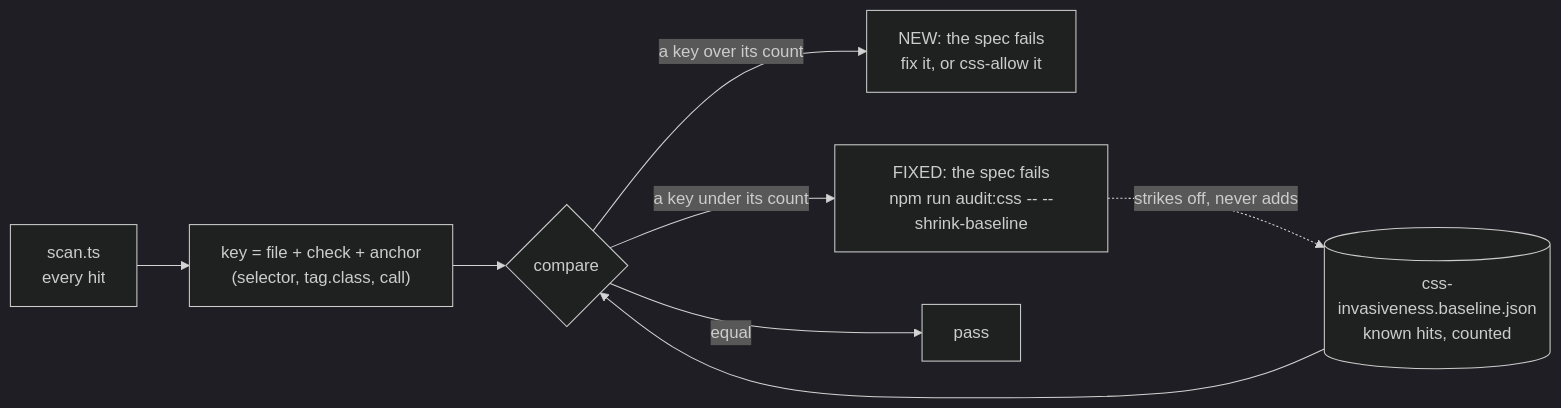
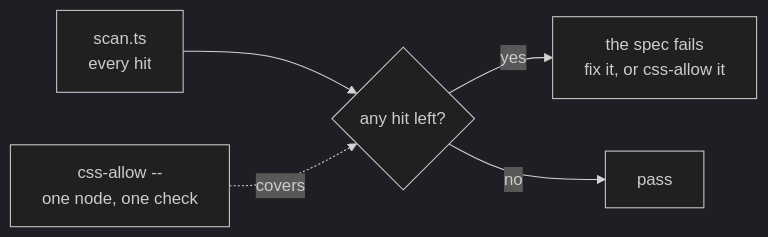
The second of 2 diagrams in docs/tools/design-lint.md (Guebbit/boilerplate-vue-frontend), drawn with Mermaid (dark theme) before and after one commit. The commit also changed other lines of this file and 9 other files, not shown here.

First line of the commit message:
refactor(design): the invasive-CSS spec is a pure gate; facet chips are x-large on touch

````diff
--- a/docs/tools/design-lint.md
+++ b/docs/tools/design-lint.md
@@ -129,10 +130,7 @@
 ```mermaid
 flowchart LR
-    Scan["scan.ts<br/>every hit"] --> Key["key = file + check + anchor<br/>(selector, tag.class, call)"]
-    Base[("css-invasiveness.baseline.json<br/>known hits, counted")] --> Cmp{"compare"}
-    Key --> Cmp
-    Cmp -->|"a key over its count"| New["NEW: the spec fails<br/>fix it, or css-allow it"]
-    Cmp -->|"a key under its count"| Gone["FIXED: the spec fails<br/>npm run audit:css -- --shrink-baseline"]
-    Cmp -->|"equal"| Pass["pass"]
-    Gone -.->|"strikes off, never adds"| Base
+    Scan["scan.ts<br/>every hit"] --> Cmp{"any hit left?"}
+    Allow["css-allow <check> -- <why><br/>one node, one check"] -.->|"covers"| Cmp
+    Cmp -->|"yes"| Fail["the spec fails<br/>fix it, or css-allow it"]
+    Cmp -->|"no"| Pass["pass"]
 ```
````
